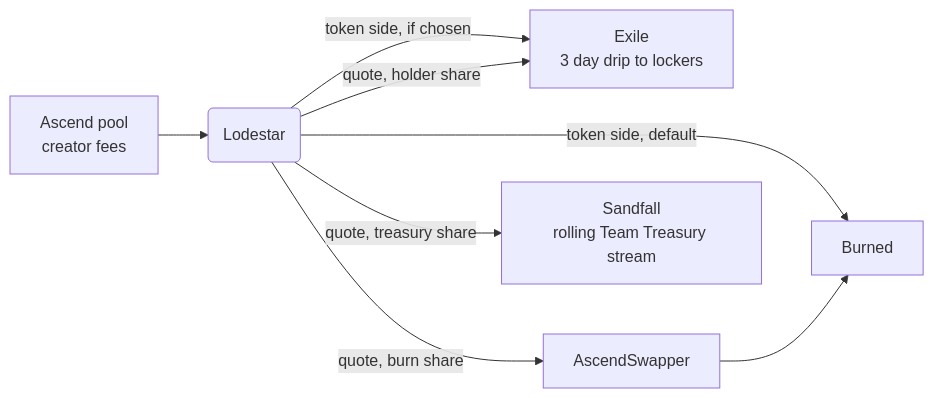
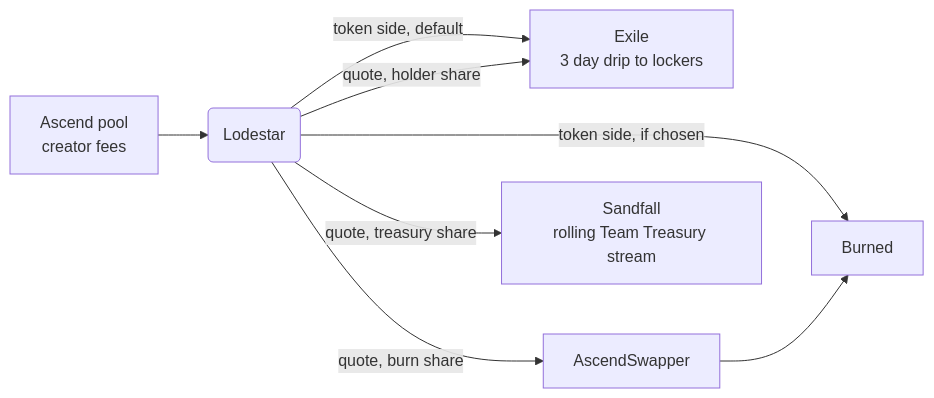
Before and after one commit to monarchy-fi/monarchy: the diagram in README.md, drawn with Mermaid. The commit also changed other lines of this file and 5 other files, not shown here.

First line of the commit message:
Send token-side fees to Exile lockers by default

````diff
--- a/README.md
+++ b/README.md
@@ -47,9 +47,9 @@
 ```mermaid
 flowchart LR
     A[Ascend pool<br/>creator fees] --> L(Lodestar)
-    L -->|token side, default| B[Burned]
-    L -->|token side, if chosen| E
+    L -->|token side, default| E
+    L -->|token side, if chosen| B[Burned]
     L -->|quote, burn share| S[AscendSwapper] --> B
     L -->|quote, holder share| E[Exile<br/>3 day drip to lockers]
     L -->|quote, treasury share| T[Sandfall<br/>rolling Team Treasury stream]
 ```
````
